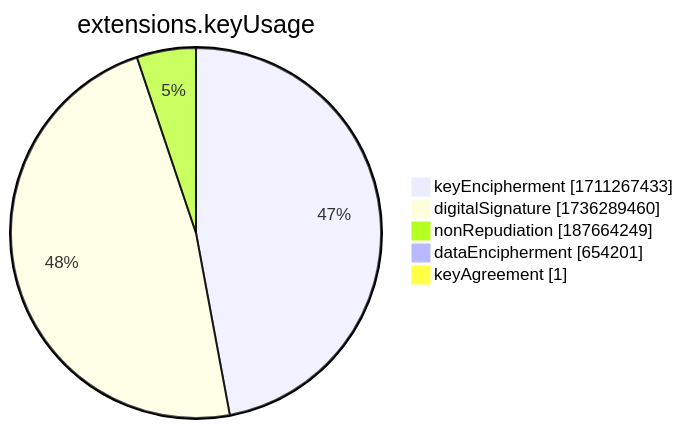
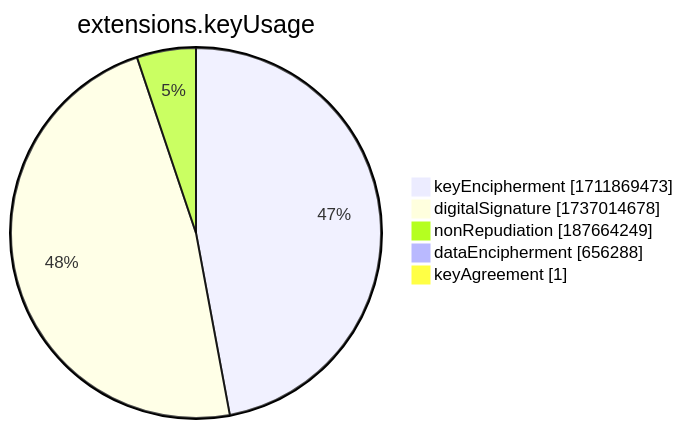
Before and after one commit to christiankrug/ctmonitor_visualization: the seventh of 15 diagrams in xenon2022/README.md, drawn with Mermaid. The commit also changed other lines of this file, not shown here.

````diff
--- a/xenon2022/README.md
+++ b/xenon2022/README.md
@@ -2858,9 +2858,9 @@
 ```mermaid
 pie showData
 title extensions.keyUsage
-"keyEncipherment" :1711267433
-"digitalSignature" :1736289460
+"keyEncipherment" :1711869473
+"digitalSignature" :1737014678
 "nonRepudiation" :187664249
-"dataEncipherment" :654201
+"dataEncipherment" :656288
 "keyAgreement" :1
 ```
````
